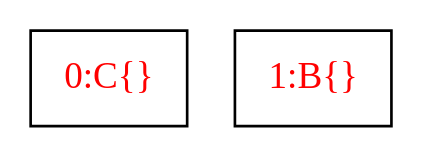
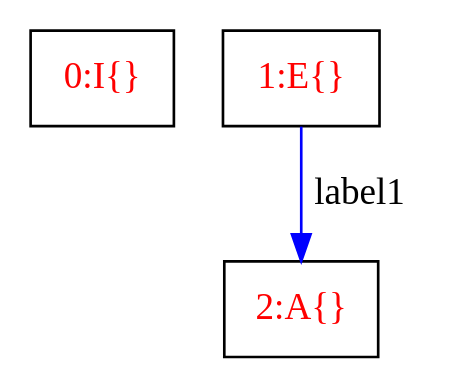
The diagram in graph.dot (SergeantRyan/TypesDonn-es), drawn with Graphviz before and after one commit. The commit also changed 53 other files, not shown here.

```diff
--- a/graph.dot
+++ b/graph.dot
@@ -1,7 +1,9 @@
 digraph G {
-  0 [label="0:C{}", shape=box, fontcolor="#FF0000", ];
-  1 [label="1:B{}", shape=box, fontcolor="#FF0000", ];
+  0 [label="0:I{}", shape=box, fontcolor="#FF0000", ];
+  1 [label="1:E{}", shape=box, fontcolor="#FF0000", ];
+  2 [label="2:A{}", shape=box, fontcolor="#FF0000", ];
   
   
+  1 -> 2 [color="#0000FF", label="label1", ];
   
   }
```
